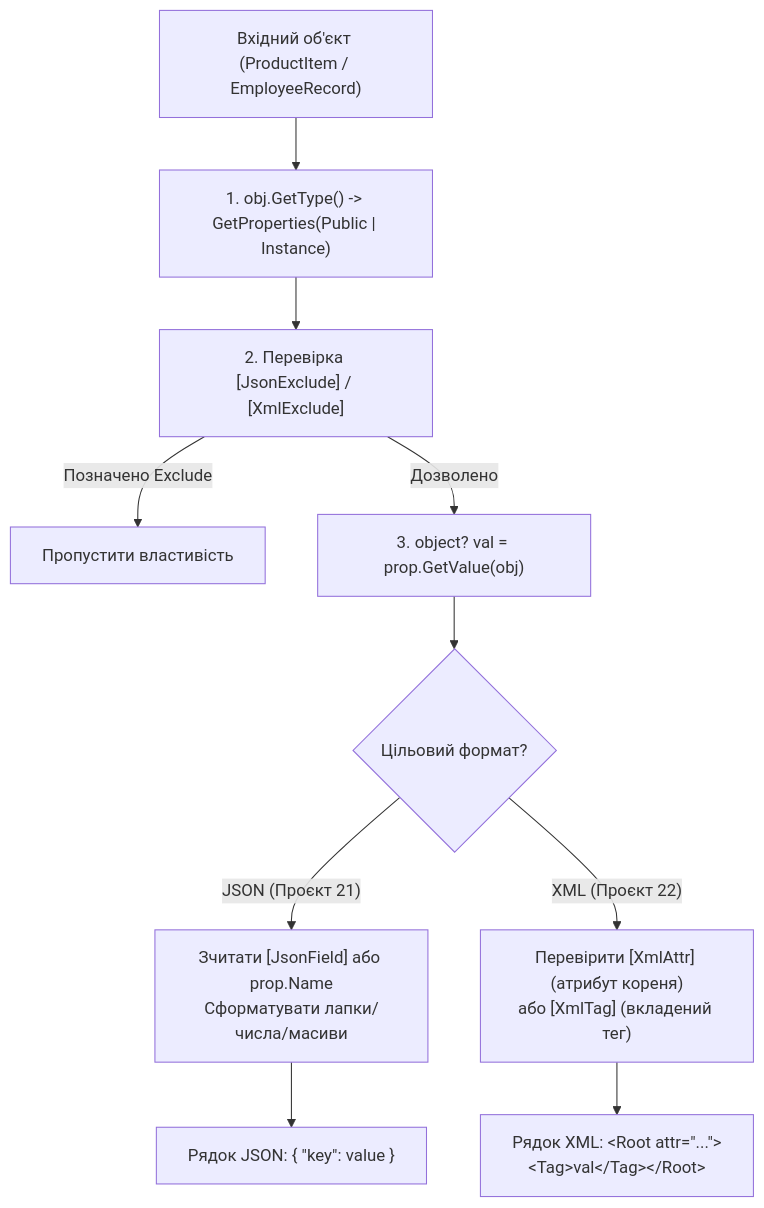
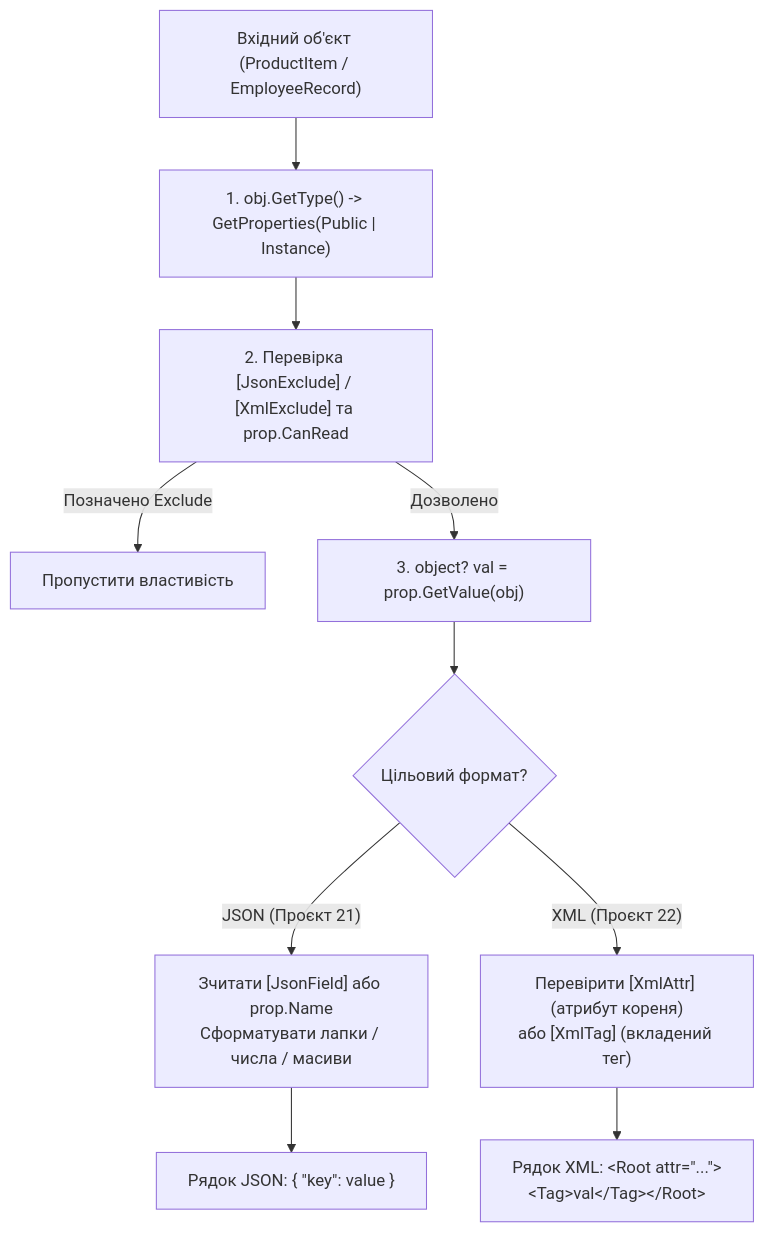
Before and after one commit to MrTomkaYurii/CSharp-OOP-Mastery: the first of 2 diagrams in 05-Files-Streams-And-Serialization/02-Serialization-And-Data-Formats/Docs/03_Custom_Reflection_Serializers_Under_The_Hood.md, drawn with Mermaid. The commit also changed other lines of this file and 73 other files, not shown here.

Commit message:
docs: enrich and expand all lecture guides across chapters 01, 02, 04, 05, 06, 07, 08, 10 with deep theory, Mermaid diagrams and verified links

````diff
--- a/05-Files-Streams-And-Serialization/02-Serialization-And-Data-Formats/Docs/03_Custom_Reflection_Serializers_Under_The_Hood.md
+++ b/05-Files-Streams-And-Serialization/02-Serialization-And-Data-Formats/Docs/03_Custom_Reflection_Serializers_Under_The_Hood.md
@@ -18,16 +18,16 @@
 ```mermaid
 flowchart TD
     Obj["Вхідний об'єкт (ProductItem / EmployeeRecord)"] --> GetType["1. obj.GetType() -> GetProperties(Public | Instance)"]
-    GetType --> Filter["2. Перевірка [JsonExclude] / [XmlExclude]"]
+    GetType --> Filter["2. Перевірка [JsonExclude] / [XmlExclude] та prop.CanRead"]
     
     Filter -- "Позначено Exclude" --> Skip["Пропустити властивість"]
     Filter -- "Дозволено" --> ReadVal["3. object? val = prop.GetValue(obj)"]
     
     ReadVal --> CheckFormat{"Цільовий формат?"}
     
-    CheckFormat -- "JSON (Проєкт 21)" --> JsonKey["Зчитати [JsonField] або prop.Name<br/>Сформатувати лапки/числа/масиви"]
+    CheckFormat -- "JSON (Проєкт 21)" --> JsonKey["Зчитати [JsonField] або prop.Name<br/>Сформатувати лапки / числа / масиви"]
     CheckFormat -- "XML (Проєкт 22)" --> XmlKey["Перевірити [XmlAttr] (атрибут кореня)<br/>або [XmlTag] (вкладений тег)"]
     
     JsonKey --> OutJson["Рядок JSON: { &quot;key&quot;: value }"]
     XmlKey --> OutXml["Рядок XML: &lt;Root attr=&quot;...&quot;&gt;&lt;Tag&gt;val&lt;/Tag&gt;&lt;/Root&gt;"]
 ```
````
